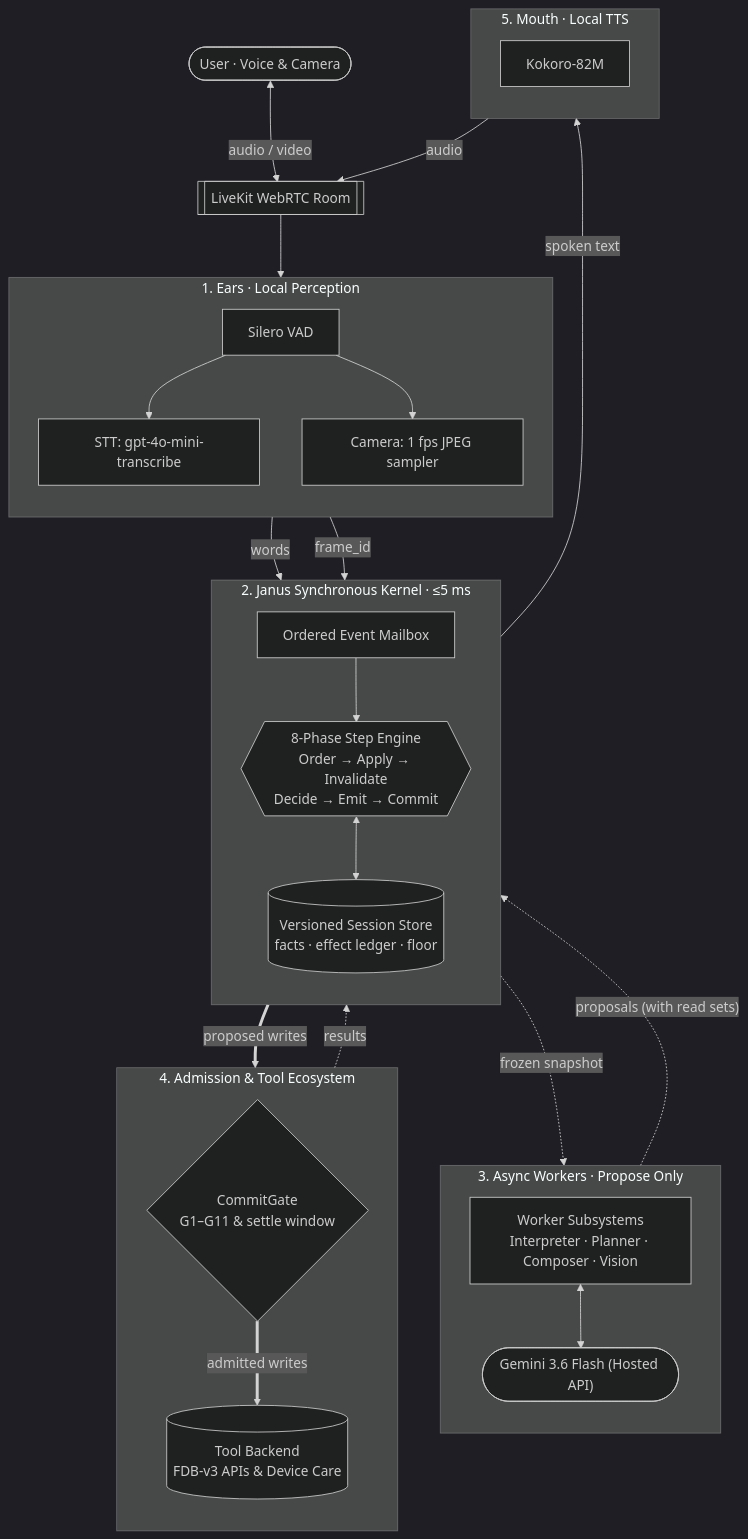
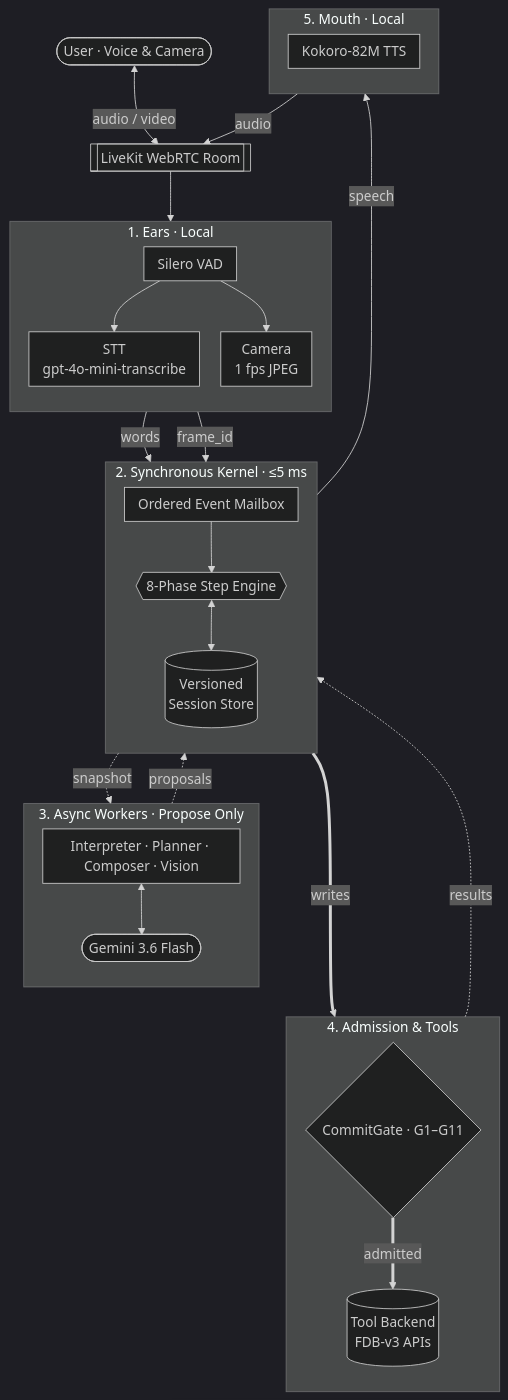
Before and after one commit to AdithyaSanthosh-P/Janus: the second of 6 diagrams in README.md, drawn with Mermaid (dark theme).

Commit message:
Add files via upload
Fixing Diagram Inconsistencies

````diff
--- a/README.md
+++ b/README.md
@@ -77,52 +77,57 @@
 ```mermaid
+%%{init: {'flowchart': {'nodeSpacing': 25, 'rankSpacing': 35, 'padding': 8}}}%%
 flowchart TB
     U(["User · Voice & Camera"])
     ROOM[["LiveKit WebRTC Room"]]
     U <-->|"audio / video"| ROOM
 
-    subgraph EARS["1. Ears · Local Perception"]
+    subgraph EARS["1. Ears · Local"]
         direction TB
         VAD["Silero VAD"]
-        ASR["STT: gpt-4o-mini-transcribe"]
-        CAM["Camera: 1 fps JPEG sampler"]
+        ASR["STT<br/>gpt-4o-mini-transcribe"]
+        CAM["Camera<br/>1 fps JPEG"]
         VAD --> ASR
         VAD --> CAM
     end
     ROOM --> VAD
 
-    subgraph KERNEL["2. Janus Synchronous Kernel · ≤5 ms"]
+    subgraph KERNEL["2. Synchronous Kernel · ≤5 ms"]
         direction TB
         MAILBOX["Ordered Event Mailbox"]
-        ENGINE{{"8-Phase Step Engine<br/>Order → Apply → Invalidate<br/>Decide → Emit → Commit"}}
-        STORE[("Versioned Session Store<br/>facts · effect ledger · floor")]
+        ENGINE{{"8-Phase Step Engine"}}
+        STORE[("Versioned<br/>Session Store")]
         MAILBOX --> ENGINE
         ENGINE <--> STORE
     end
     ASR -->|words| MAILBOX
     CAM -->|frame_id| MAILBOX
 
     subgraph WORKERS["3. Async Workers · Propose Only"]
         direction TB
-        POOL["Worker Subsystems<br/>Interpreter · Planner · Composer · Vision"]
-        LLM(["Gemini 3.6 Flash (Hosted API)"])
+        POOL["Interpreter · Planner · Composer · Vision"]
+        LLM(["Gemini 3.6 Flash"])
         POOL <--> LLM
     end
-    ENGINE -.->|"frozen snapshot"| POOL
-    POOL -.->|"proposals (with read sets)"| MAILBOX
+    ENGINE -.->|snapshot| POOL
+    POOL -.->|proposals| MAILBOX
 
-    subgraph SAFETY["4. Admission & Tool Ecosystem"]
+    subgraph SAFETY["4. Admission & Tools"]
         direction TB
-        GATE{"CommitGate<br/>G1–G11 & settle window"}
-        TOOLS[("Tool Backend<br/>FDB-v3 APIs & Device Care")]
-        GATE ==>|"admitted writes"| TOOLS
+        GATE{"CommitGate · G1–G11"}
+        TOOLS[("Tool Backend<br/>FDB-v3 APIs")]
+        GATE ==>|admitted| TOOLS
     end
-    ENGINE ==>|"proposed writes"| GATE
+    ENGINE ==>|writes| GATE
     TOOLS -.->|results| MAILBOX
 
-    subgraph MOUTH["5. Mouth · Local TTS"]
+    subgraph MOUTH["5. Mouth · Local"]
         direction TB
-        TTS["Kokoro-82M"]
+        TTS["Kokoro-82M TTS"]
     end
-    ENGINE -->|"spoken text"| TTS
+    ENGINE -->|speech| TTS
     TTS -->|audio| ROOM
+
+    %% invisible links: force Workers -> Admission -> Mouth to stack vertically
+    LLM ~~~ GATE
+    TOOLS ~~~ TTS
 ```
````
